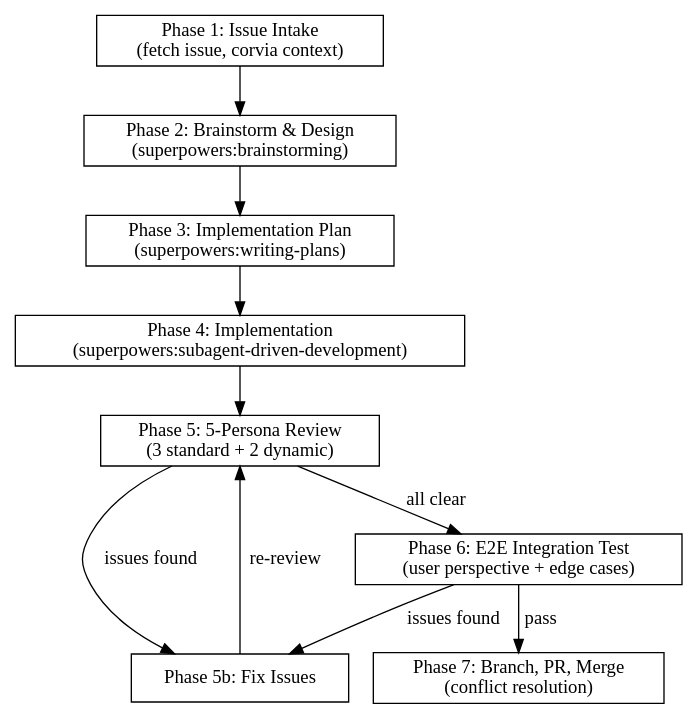
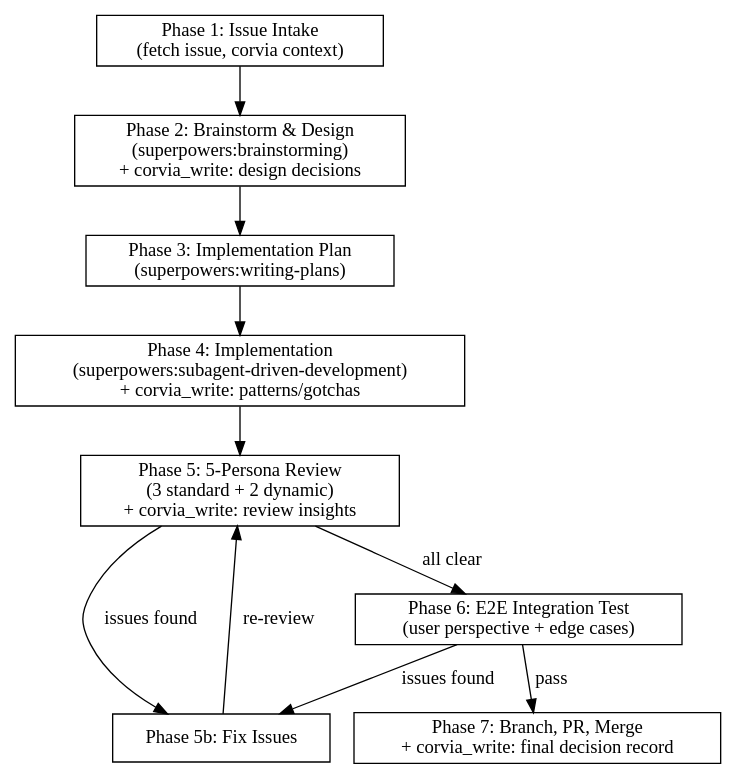
The first of 2 diagrams in .agents/skills/dev-loop/SKILL.md (chunzhe10/corvia-workspace), drawn with Graphviz before and after one commit. The commit also changed other lines of this file and 1 other file, not shown here.

````diff
--- a/.agents/skills/dev-loop/SKILL.md
+++ b/.agents/skills/dev-loop/SKILL.md
@@ -29,25 +33,25 @@
 ```dot
 digraph dev_loop {
     rankdir=TB;
     node [shape=box];
 
     intake [label="Phase 1: Issue Intake\n(fetch issue, corvia context)"];
-    brainstorm [label="Phase 2: Brainstorm & Design\n(superpowers:brainstorming)"];
+    brainstorm [label="Phase 2: Brainstorm & Design\n(superpowers:brainstorming)\n+ corvia_write: design decisions"];
     plan [label="Phase 3: Implementation Plan\n(superpowers:writing-plans)"];
-    implement [label="Phase 4: Implementation\n(superpowers:subagent-driven-development)"];
-    review [label="Phase 5: 5-Persona Review\n(3 standard + 2 dynamic)"];
+    implement [label="Phase 4: Implementation\n(superpowers:subagent-driven-development)\n+ corvia_write: patterns/gotchas"];
+    review [label="Phase 5: 5-Persona Review\n(3 standard + 2 dynamic)\n+ corvia_write: review insights"];
     fix [label="Phase 5b: Fix Issues"];
     e2e [label="Phase 6: E2E Integration Test\n(user perspective + edge cases)"];
-    finish [label="Phase 7: Branch, PR, Merge\n(conflict resolution)"];
+    finish [label="Phase 7: Branch, PR, Merge\n+ corvia_write: final decision record"];
 
     intake -> brainstorm;
     brainstorm -> plan;
     plan -> implement;
     implement -> review;
     review -> fix [label="issues found"];
     review -> e2e [label="all clear"];
     fix -> review [label="re-review"];
     e2e -> fix [label="issues found"];
     e2e -> finish [label="pass"];
 }
 ```
````
